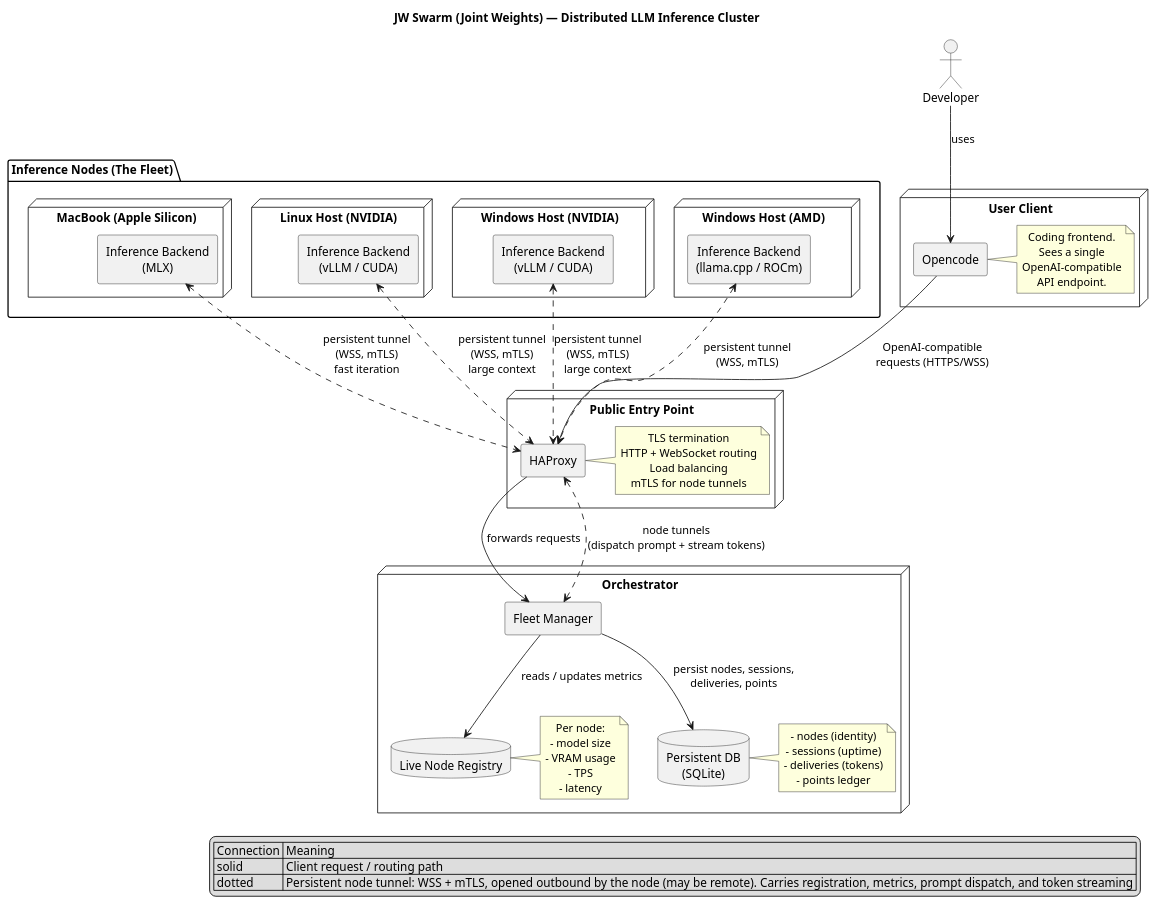
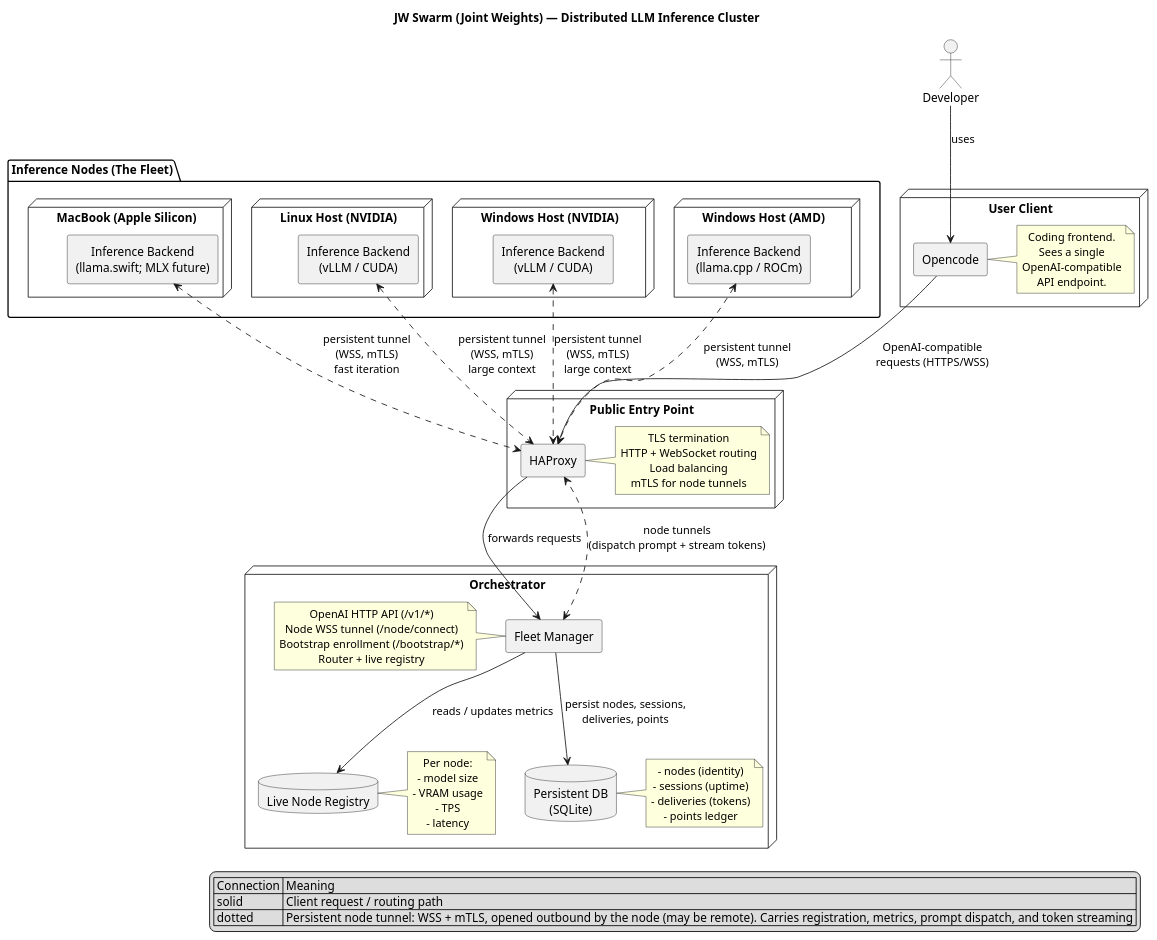
Before and after one commit to jwraats/JW-Swarm: the diagram in architecture.puml, drawn with PlantUML. The commit also changed 29 other files, not shown here.

First line of the commit message:
Add bootstrap CSR enrollment flow and ignore build artifacts

```diff
--- a/architecture.puml
+++ b/architecture.puml
@@ -1,88 +1,94 @@
 @startuml JW-Swarm-Architecture
 title JW Swarm (Joint Weights) — Distributed LLM Inference Cluster
 
 skinparam componentStyle rectangle
 skinparam shadowing false
 skinparam defaultTextAlignment center
 skinparam rectangle {
     BackgroundColor #F7F9FC
     BorderColor #4A6FA5
 }
 
 actor "Developer" as Dev
 
 node "User Client" {
     [Opencode] as Opencode
     note right of Opencode
         Coding frontend.
         Sees a single
         OpenAI-compatible
         API endpoint.
     end note
 }
 
 node "Public Entry Point" {
     [HAProxy] as HAProxy
     note right of HAProxy
         TLS termination
         HTTP + WebSocket routing
         Load balancing
         mTLS for node tunnels
     end note
 }
 
 node "Orchestrator" {
     [Fleet Manager] as Fleet
+    note left of Fleet
+        OpenAI HTTP API (/v1/*)
+        Node WSS tunnel (/node/connect)
+        Bootstrap enrollment (/bootstrap/*)
+        Router + live registry
+    end note
     database "Live Node Registry" as Registry
     note right of Registry
         Per node:
         - model size
         - VRAM usage
         - TPS
         - latency
     end note
     database "Persistent DB\n(SQLite)" as DB
     note right of DB
         - nodes (identity)
         - sessions (uptime)
         - deliveries (tokens)
         - points ledger
     end note
 }
 
 package "Inference Nodes (The Fleet)" {
     node "MacBook (Apple Silicon)" {
-        [Inference Backend\n(MLX)] as Mac
+        [Inference Backend\n(llama.swift; MLX future)] as Mac
     }
     node "Linux Host (NVIDIA)" {
         [Inference Backend\n(vLLM / CUDA)] as LinuxNv
     }
     node "Windows Host (NVIDIA)" {
         [Inference Backend\n(vLLM / CUDA)] as WinNv
     }
     node "Windows Host (AMD)" {
         [Inference Backend\n(llama.cpp / ROCm)] as WinAmd
     }
 }
 
 Dev --> Opencode : uses
 
 Opencode --> HAProxy : OpenAI-compatible\nrequests (HTTPS/WSS)
 HAProxy --> Fleet : forwards requests
 Fleet --> Registry : reads / updates metrics
 Fleet --> DB : persist nodes, sessions,\ndeliveries, points
 
 Fleet <..> HAProxy : node tunnels\n(dispatch prompt + stream tokens)
 
 Mac <..> HAProxy : persistent tunnel\n(WSS, mTLS)\nfast iteration
 LinuxNv <..> HAProxy : persistent tunnel\n(WSS, mTLS)\nlarge context
 WinNv <..> HAProxy : persistent tunnel\n(WSS, mTLS)\nlarge context
 WinAmd <..> HAProxy : persistent tunnel\n(WSS, mTLS)
 
 legend right
     | Connection | Meaning |
     | solid | Client request / routing path |
     | dotted | Persistent node tunnel: WSS + mTLS, opened outbound by the node (may be remote). Carries registration, metrics, prompt dispatch, and token streaming |
 endlegend
 
 @enduml
```
